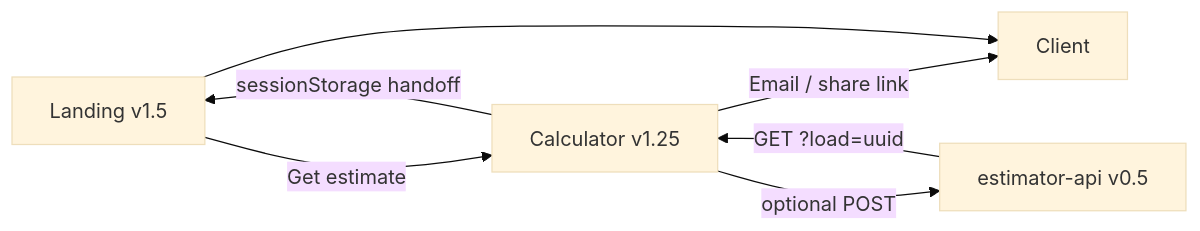
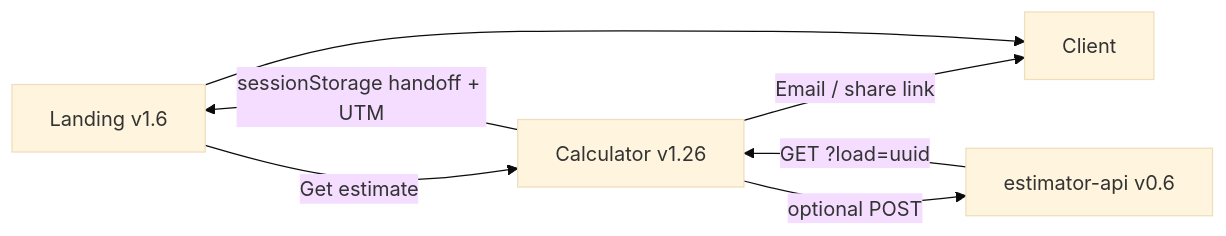
One commit to pixellayer7-jpg/pixellayer7-jpg changed the diagram in README.md. Above: the diagram before and after it, drawn with Mermaid (base theme). The commit also changed other lines of this file, not shown here.

Commit message:
Profile: v1.6 landing, v1.26 calculator, v0.6 API

````diff
--- a/README.md
+++ b/README.md
@@ -18,9 +18,9 @@
 ```mermaid
 flowchart LR
-  A[Landing v1.5] -->|Get estimate| B[Calculator v1.25]
-  B -->|sessionStorage handoff| A
+  A[Landing v1.6] -->|Get estimate| B[Calculator v1.26]
+  B -->|sessionStorage handoff + UTM| A
   B -->|Email / share link| C[Client]
-  B -->|optional POST| D[estimator-api v0.5]
+  B -->|optional POST| D[estimator-api v0.6]
   D -->|GET ?load=uuid| B
   A --> C
 ```
````
